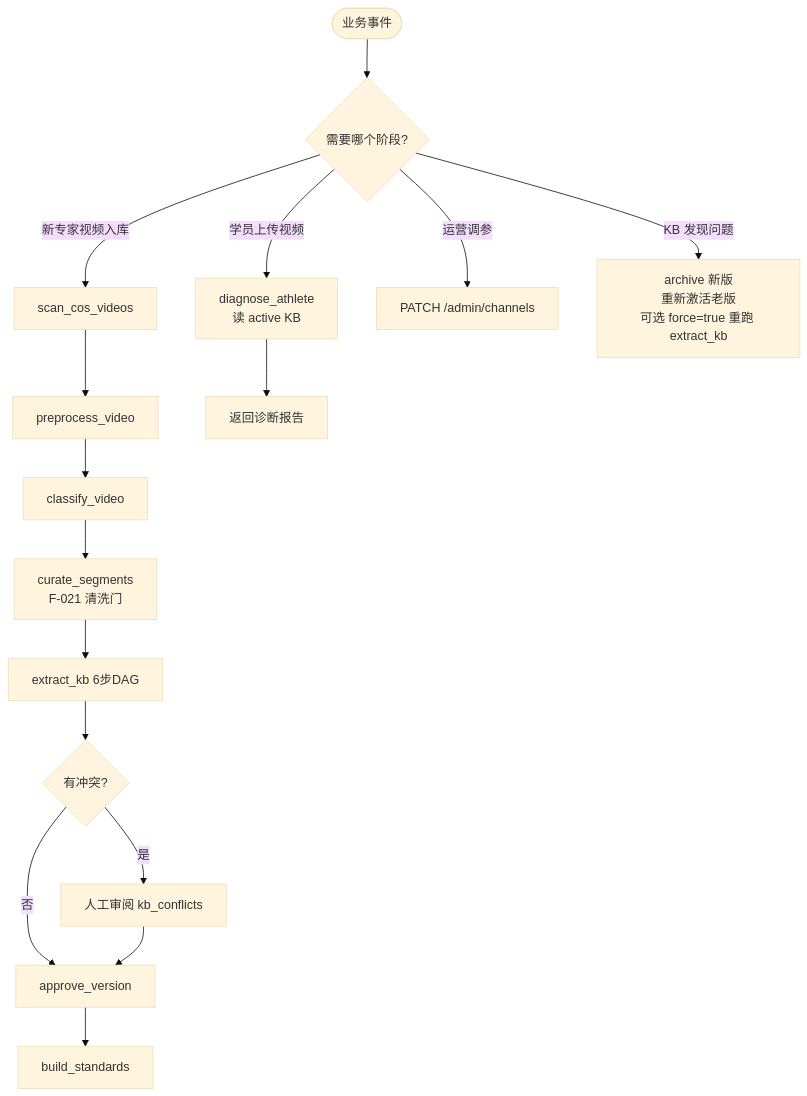
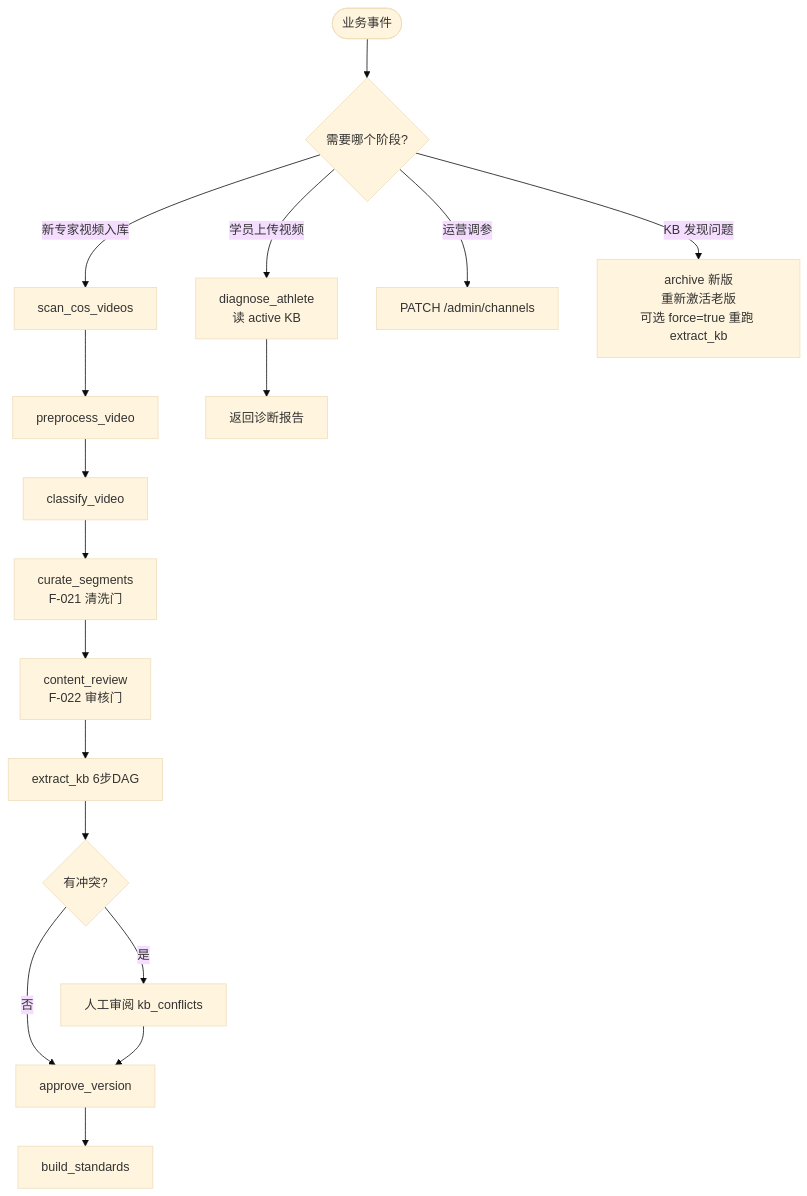
Before and after one commit to huangchaolelio/char_pp: the second of 2 diagrams in docs/business-workflow.md, drawn with Mermaid (base theme). The commit also changed other lines of this file and 42 other files, not shown here.

````diff
--- a/docs/business-workflow.md
+++ b/docs/business-workflow.md
@@ -376,22 +451,23 @@
 ```mermaid
 flowchart TD
   START([业务事件]) --> Q{需要哪个阶段?}
 
   Q -->|新专家视频入库| A1[scan_cos_videos]
   A1 --> A2[preprocess_video]
   A2 --> A3[classify_video]
   A3 --> A35[curate_segments<br/>F-021 清洗门]
-  A35 --> A4[extract_kb 6步DAG]
+  A35 --> A37[content_review<br/>F-022 审核门]
+  A37 --> A4[extract_kb 6步DAG]
   A4 --> Q5{有冲突?}
   Q5 -->|是| A5[人工审阅 kb_conflicts]
   Q5 -->|否| A6[approve_version]
   A5 --> A6
   A6 --> A7[build_standards]
 
   Q -->|学员上传视频| B1[diagnose_athlete<br/>读 active KB]
   B1 --> B2[返回诊断报告]
 
   Q -->|运营调参| C1[PATCH /admin/channels]
 
   Q -->|KB 发现问题| D1[archive 新版<br/>重新激活老版<br/>可选 force=true 重跑 extract_kb]
 ```
````
